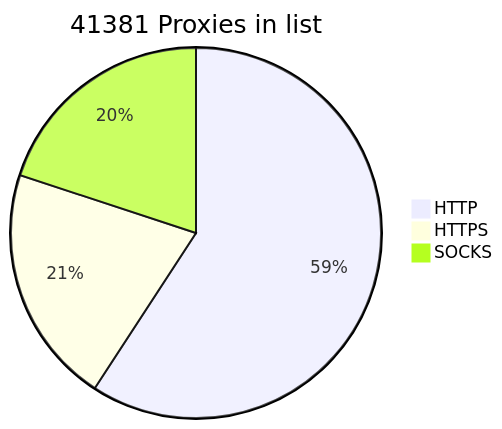
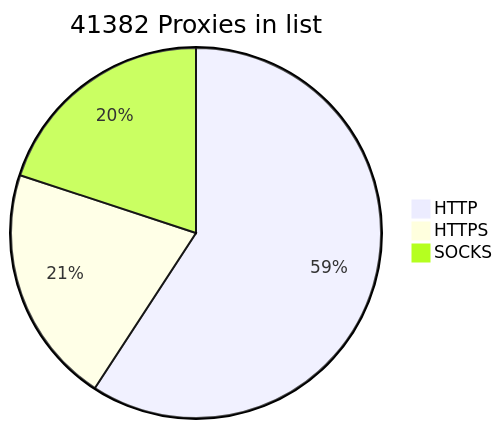
Before and after one commit to BlackSnowDot/proxylist-update-every-minute: the diagram in README.md, drawn with Mermaid.

````diff
--- a/README.md
+++ b/README.md
@@ -2,6 +2,6 @@
 ```mermaid
-pie title 41381 Proxies in list
+pie title 41382 Proxies in list
     "HTTP" : 28481
     "HTTPS": 10036
-    "SOCKS" : 9596
+    "SOCKS" : 9597
 ```
````
